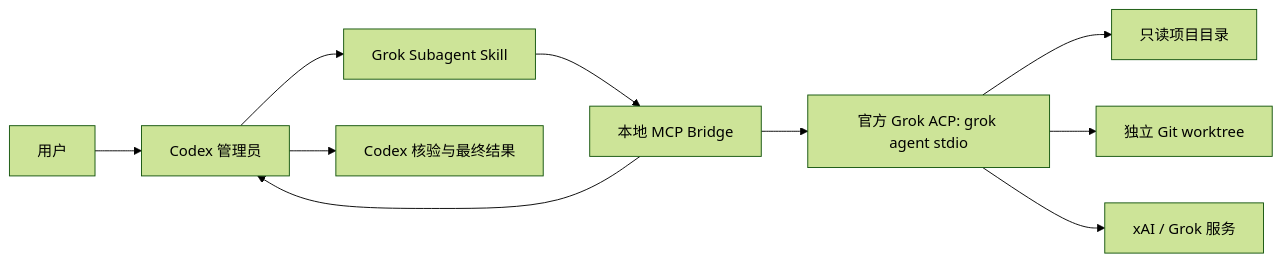
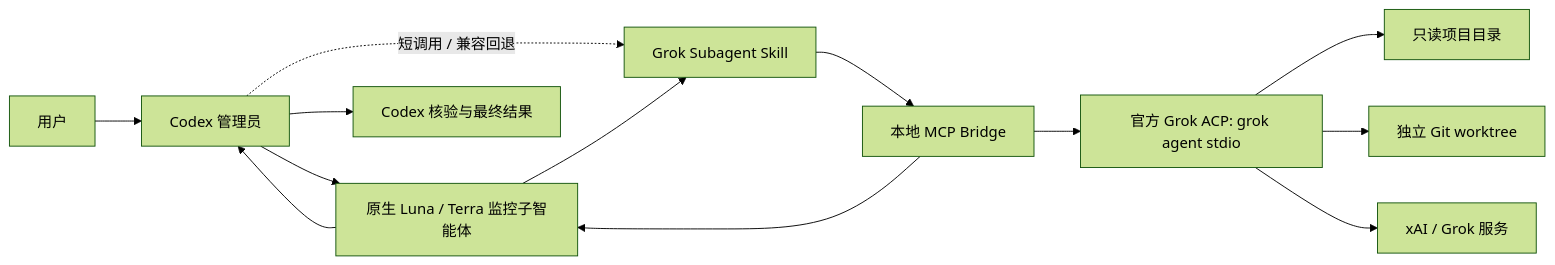
The diagram in README.md (ms903/grok-subagent), drawn with Mermaid (forest theme) before and after one commit. The commit also changed other lines of this file and 5 other files, not shown here.

````diff
--- a/README.md
+++ b/README.md
@@ -65,12 +66,15 @@
 ```mermaid
 flowchart LR
     U["用户"] --> C["Codex 管理员"]
-    C --> S["Grok Subagent Skill"]
+    C --> N["原生 Luna / Terra 监控子智能体"]
+    C -. "短调用 / 兼容回退" .-> S["Grok Subagent Skill"]
+    N --> S
     S --> M["本地 MCP Bridge"]
     M --> A["官方 Grok ACP: grok agent stdio"]
     A --> R["只读项目目录"]
     A --> W["独立 Git worktree"]
     A --> X["xAI / Grok 服务"]
-    M --> C
+    M --> N
+    N --> C
     C --> V["Codex 核验与最终结果"]
 ```
````
